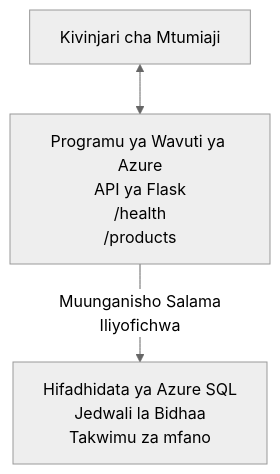
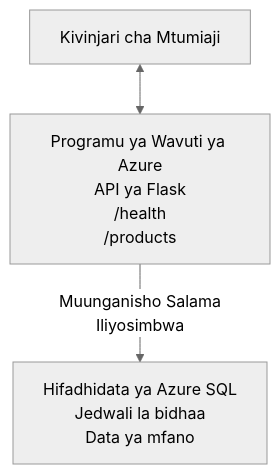
One commit to microsoft/AZD-for-beginners changed the diagram in translations/sw/examples/database-app/README.md. Above: the diagram before and after it, drawn with Mermaid (neutral theme). The commit also changed other lines of this file and 104 other files, not shown here.

````diff
--- a/translations/sw/examples/database-app/README.md
+++ b/translations/sw/examples/database-app/README.md
@@ -72,5 +72,5 @@
 ```mermaid
 graph TD
     Browser[Kivinjari cha Mtumiaji] <--> WebApp[Programu ya Wavuti ya Azure<br/>API ya Flask<br/>/health<br/>/products]
-    WebApp -- Muunganisho Salama<br/>Iliyofichwa --> SQL[Hifadhidata ya Azure SQL<br/>Jedwali la Bidhaa<br/>Takwimu za mfano]
+    WebApp -- Muunganisho Salama<br/>Iliyosimbwa --> SQL[Hifadhidata ya Azure SQL<br/>Jedwali la bidhaa<br/>Data ya mfano]
 ```
````
